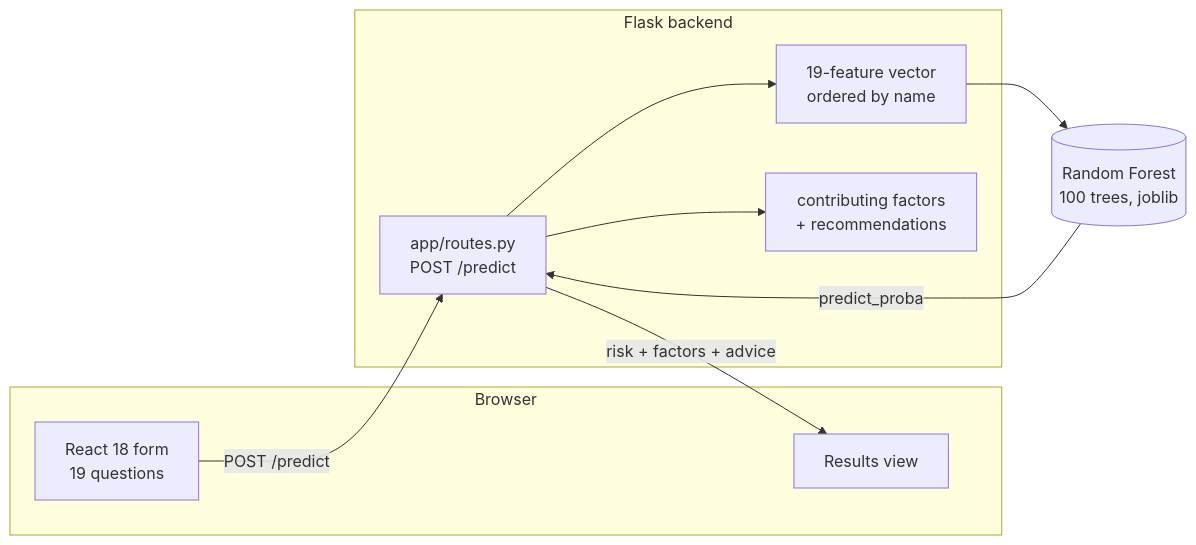
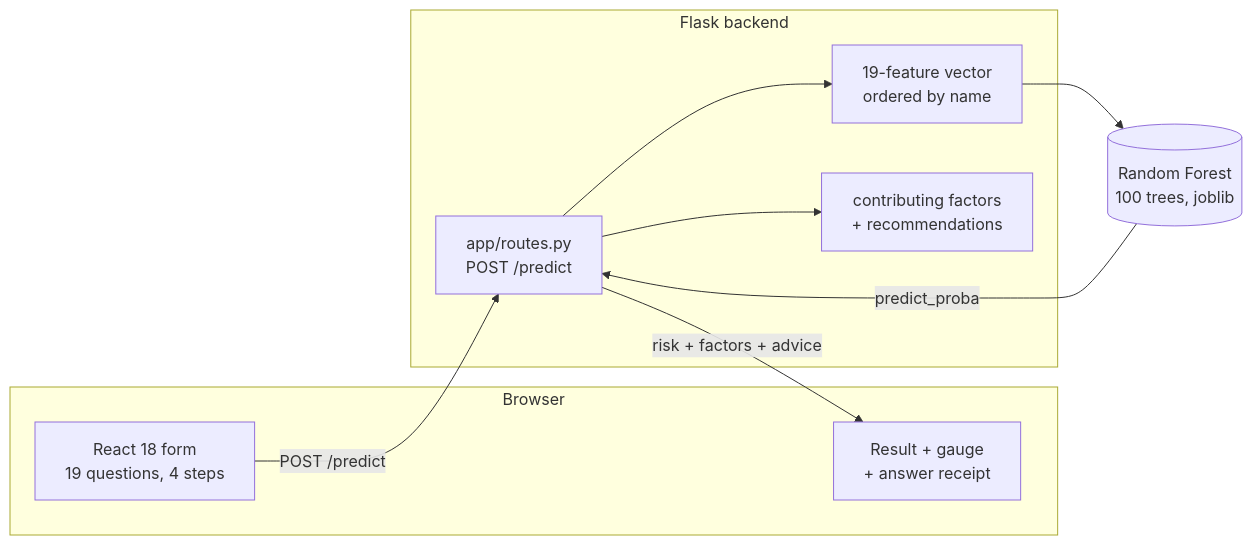
Before and after one commit to 1oNN/DiabetesSense: the diagram in README.md, drawn with Mermaid. The commit also changed other lines of this file and 31 other files, not shown here.

````diff
--- a/README.md
+++ b/README.md
@@ -60,21 +61,21 @@
 ```mermaid
 flowchart LR
   subgraph client [Browser]
-    FORM[React 18 form<br/>19 questions]
-    RES[Results view]
+    FORM[React 18 form<br/>19 questions, 4 steps]
+    RES[Result + gauge<br/>+ answer receipt]
   end
 
   subgraph api [Flask backend]
     APP[app/routes.py<br/>POST /predict]
     VEC[19-feature vector<br/>ordered by name]
     RULES[contributing factors<br/>+ recommendations]
   end
 
   MODEL[(Random Forest<br/>100 trees, joblib)]
 
   FORM -->|POST /predict| APP
   APP --> VEC --> MODEL
   MODEL -->|predict_proba| APP
   APP --> RULES
   APP -->|risk + factors + advice| RES
 ```
````
